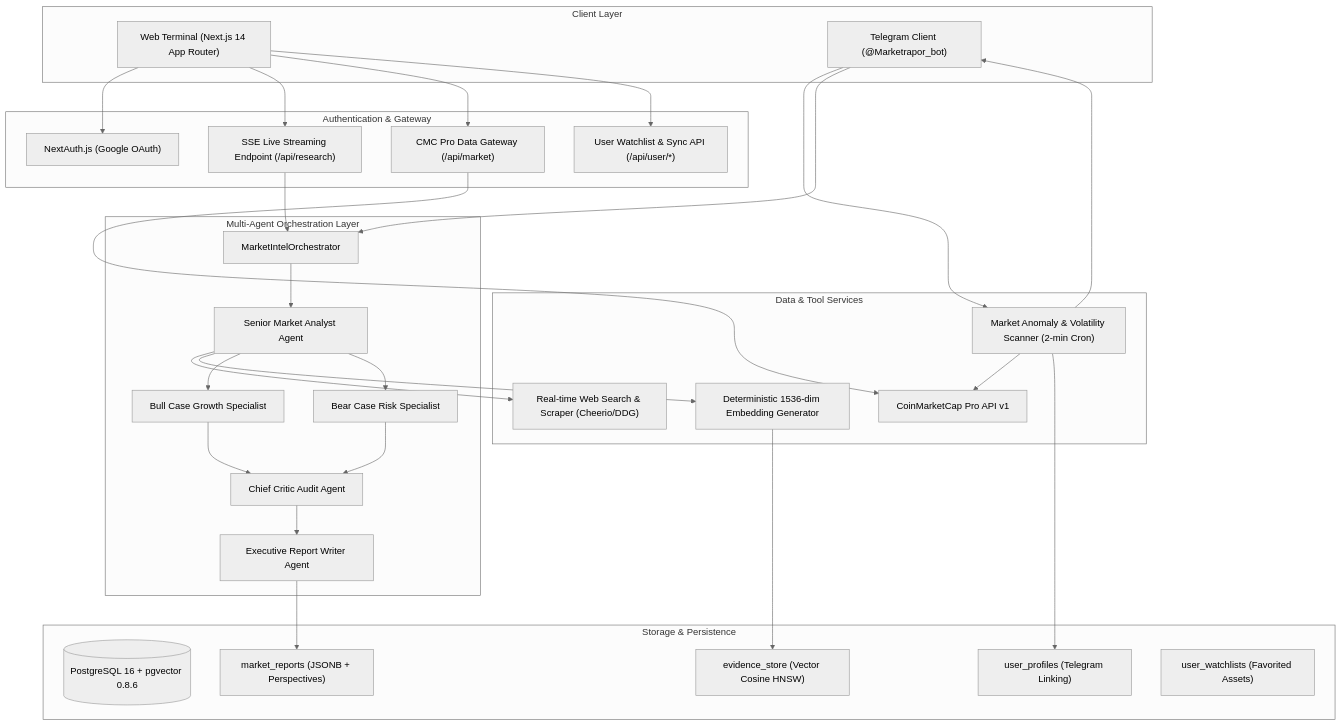
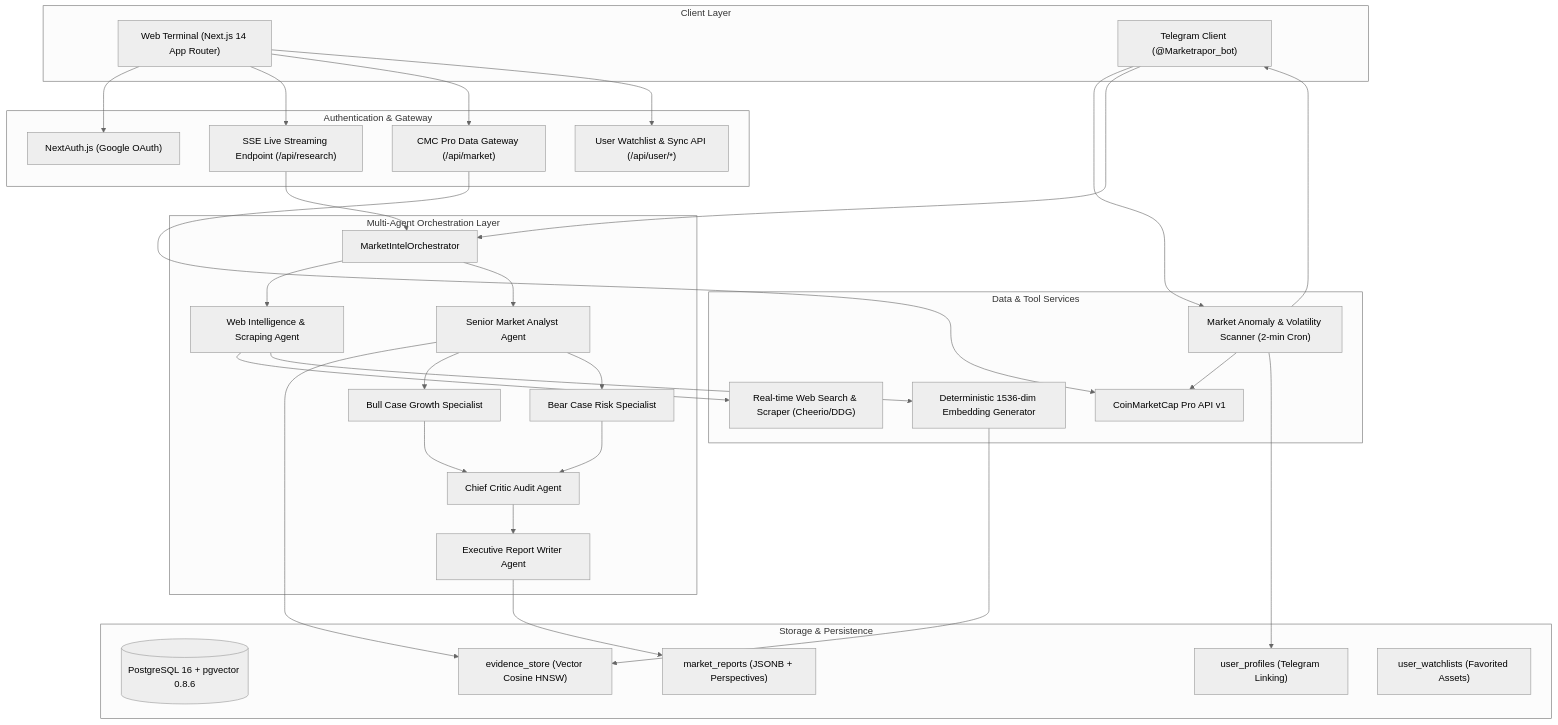
Before and after one commit to mrgurpinarr/Market-intelligence-os: the first of 2 diagrams in ARCHITECTURE.md, drawn with Mermaid (neutral theme). The commit also changed 11 other files, not shown here.

Commit message:
feat: integrate autonomous WebIntelligenceAgent into multi-agent pipeline and add speech recognition mic input

````diff
--- a/ARCHITECTURE.md
+++ b/ARCHITECTURE.md
@@ -9,64 +9,67 @@
 ```mermaid
 flowchart TB
     subgraph Client Layer
         Web["Web Terminal (Next.js 14 App Router)"]
         TG["Telegram Client (@Marketrapor_bot)"]
     end
 
     subgraph Authentication & Gateway
         NextAuth["NextAuth.js (Google OAuth)"]
         SSE["SSE Live Streaming Endpoint (/api/research)"]
         CMC_Proxy["CMC Pro Data Gateway (/api/market)"]
         UserAPI["User Watchlist & Sync API (/api/user/*)"]
     end
 
     subgraph Multi-Agent Orchestration Layer
         Orchestrator["MarketIntelOrchestrator"]
+        WebAgent["Web Intelligence & Scraping Agent"]
         Analyst["Senior Market Analyst Agent"]
         Bull["Bull Case Growth Specialist"]
         Bear["Bear Case Risk Specialist"]
         Critic["Chief Critic Audit Agent"]
         Writer["Executive Report Writer Agent"]
     end
 
     subgraph Data & Tool Services
         WebScraper["Real-time Web Search & Scraper (Cheerio/DDG)"]
         CMC["CoinMarketCap Pro API v1"]
         Embedder["Deterministic 1536-dim Embedding Generator"]
         AnomalyEngine["Market Anomaly & Volatility Scanner (2-min Cron)"]
     end
 
     subgraph Storage & Persistence
         PG[("PostgreSQL 16 + pgvector 0.8.6")]
         EvidenceStore["evidence_store (Vector Cosine HNSW)"]
         Reports["market_reports (JSONB + Perspectives)"]
         Users["user_profiles (Telegram Linking)"]
         Watchlists["user_watchlists (Favorited Assets)"]
     end
 
     Web --> NextAuth
     Web --> SSE
     Web --> CMC_Proxy
     Web --> UserAPI
 
     TG --> AnomalyEngine
     TG --> Orchestrator
 
     SSE --> Orchestrator
     CMC_Proxy --> CMC
 
+    Orchestrator --> WebAgent
+    WebAgent --> WebScraper
+    WebAgent --> Embedder --> EvidenceStore
     Orchestrator --> Analyst
-    Analyst --> WebScraper
-    Analyst --> Embedder --> EvidenceStore
+    Analyst --> EvidenceStore
 
     Analyst --> Bull
     Analyst --> Bear
     Bull --> Critic
     Bear --> Critic
     Critic --> Writer
     Writer --> Reports
 
     AnomalyEngine --> CMC
     AnomalyEngine --> Users
     AnomalyEngine --> TG
 ```
````
